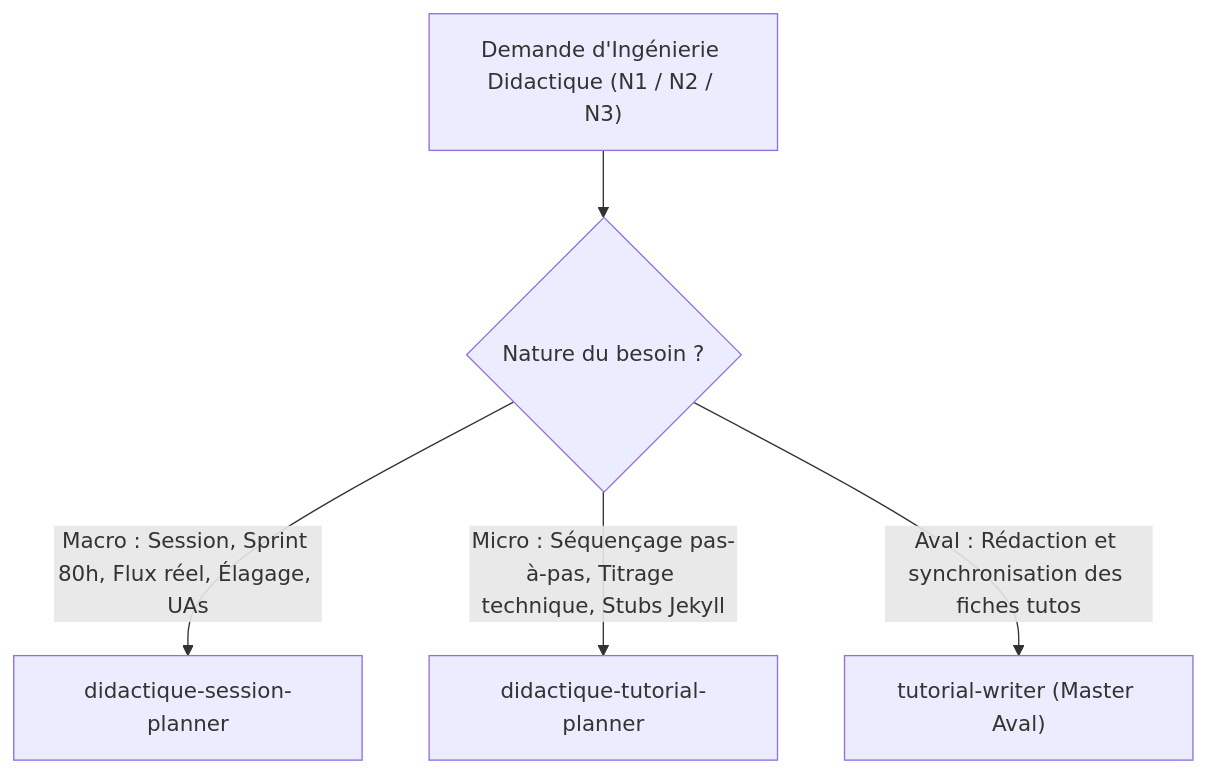
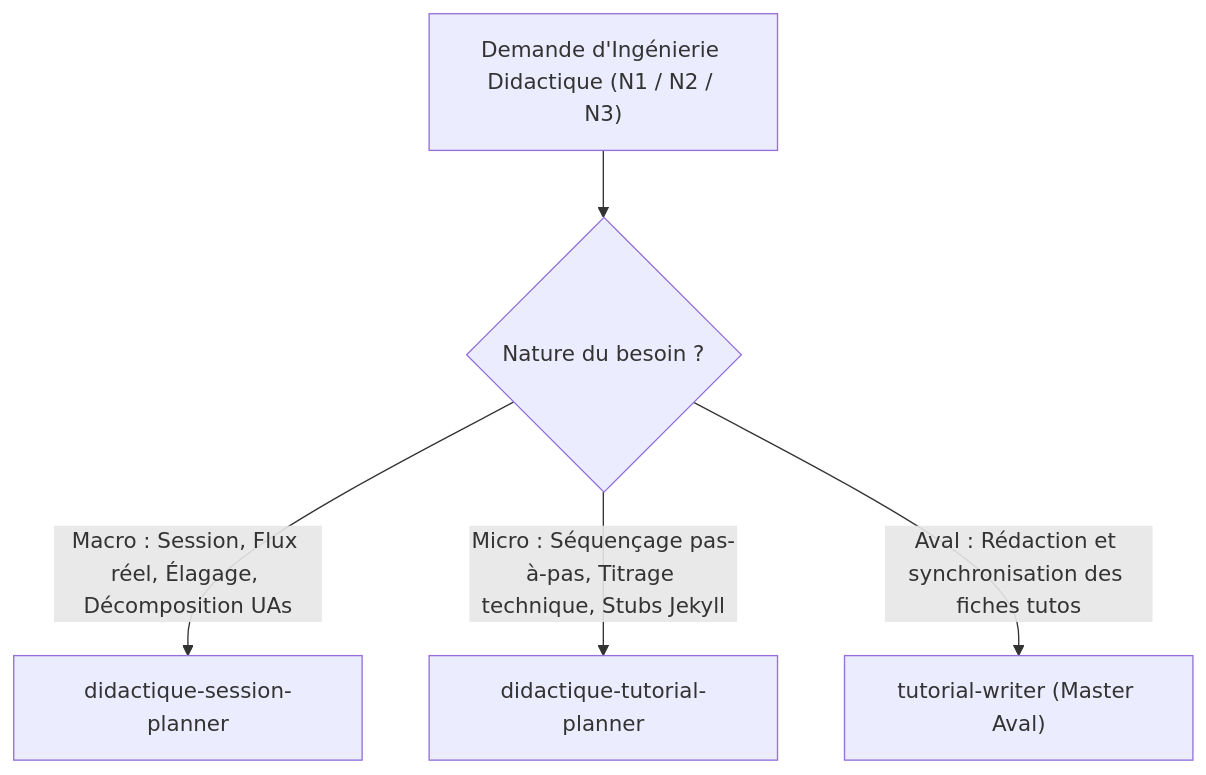
The diagram in .agents/skills/didactique/SKILL.md (solicode-web-mobile/autoformations-professionaliser), drawn with Mermaid before and after one commit. The commit also changed other lines of this file and 8 other files, not shown here.

````diff
--- a/.agents/skills/didactique/SKILL.md
+++ b/.agents/skills/didactique/SKILL.md
@@ -30,7 +30,7 @@
 ```mermaid
 flowchart TD
     Demande["Demande d'Ingénierie Didactique (N1 / N2 / N3)"] --> Routeur{"Nature du besoin ?"}
-    Routeur -- "Macro : Session, Sprint 80h, Flux réel, Élagage, UAs" --> SP["didactique-session-planner"]
+    Routeur -- "Macro : Session, Flux réel, Élagage, Décomposition UAs" --> SP["didactique-session-planner"]
     Routeur -- "Micro : Séquençage pas-à-pas, Titrage technique, Stubs Jekyll" --> TP["didactique-tutorial-planner"]
     Routeur -- "Aval : Rédaction et synchronisation des fiches tutos" --> TW["tutorial-writer (Master Aval)"]
 ```
````
